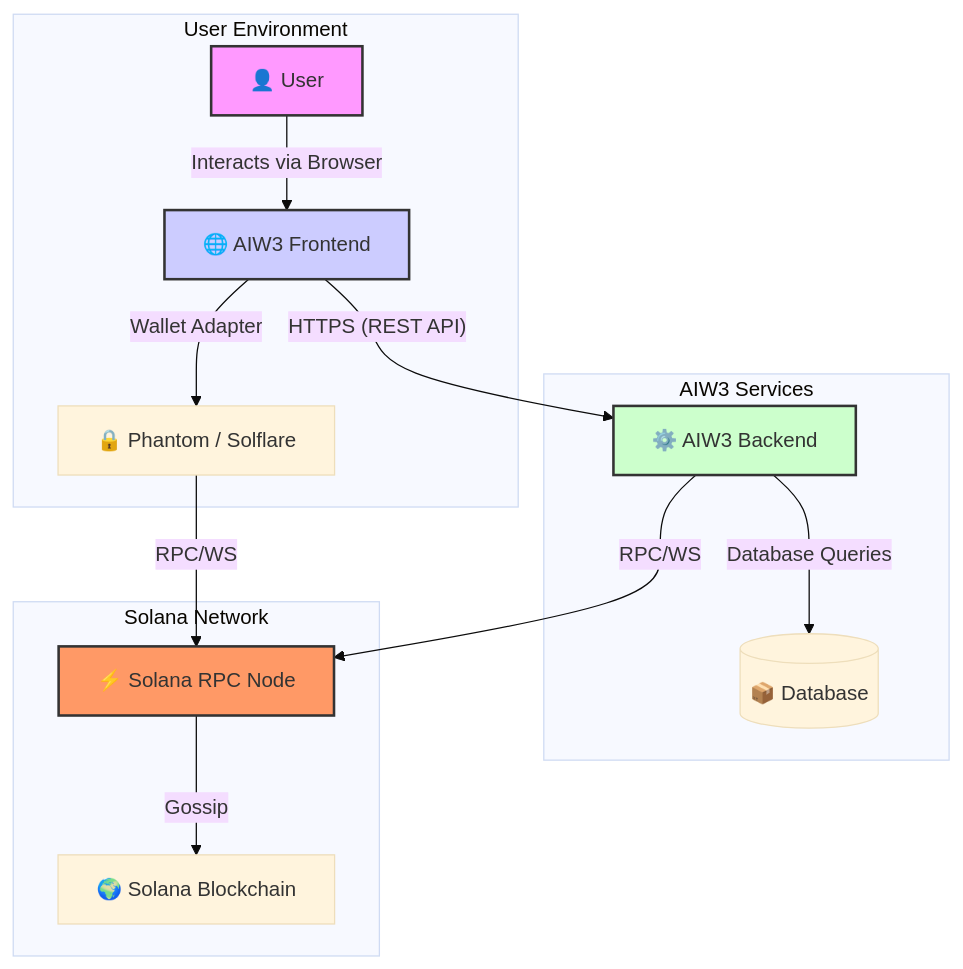
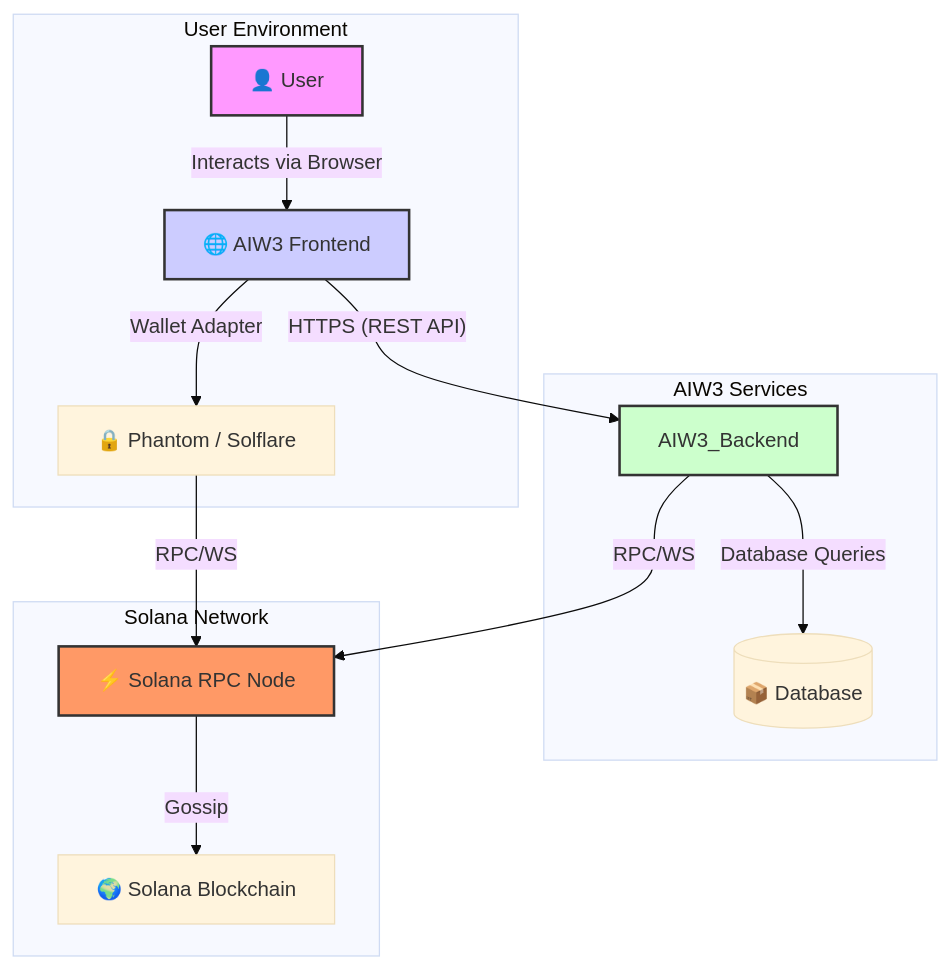
One commit to ljg-cqu/aiw3-nft-solana changed the first of 2 diagrams in docs/Solana_NFT_Upgrade_and_Burn_Strategy.md. Above: the diagram before and after it, drawn with Mermaid (base theme).

Commit message:
docs: Final polish and add Purpose section

````diff
--- a/docs/Solana_NFT_Upgrade_and_Burn_Strategy.md
+++ b/docs/Solana_NFT_Upgrade_and_Burn_Strategy.md
@@ -270,23 +270,23 @@
 ```mermaid
 graph TD
     subgraph User Environment
         User[👤 User] -->|Interacts via Browser| Frontend[🌐 AIW3 Frontend]
         Frontend -->|Wallet Adapter| Wallet[🔒 Phantom / Solflare]
     end
 
     subgraph AIW3 Services
-        Frontend -->|"HTTPS (REST API)"| AIW3_Backend[⚙️ AIW3 Backend]
+        Frontend -->|"HTTPS (REST API)"| AIW3_Backend
         AIW3_Backend -->|Database Queries| DB[(📦 Database)]
     end
 
     subgraph Solana Network
         Wallet -->|RPC/WS| Solana_Node[⚡️ Solana RPC Node]
         AIW3_Backend -->|RPC/WS| Solana_Node
         Solana_Node -->|Gossip| Solana_Cluster[🌍 Solana Blockchain]
     end
 
     style User fill:#f9f,stroke:#333,stroke-width:2px
     style Frontend fill:#ccf,stroke:#333,stroke-width:2px
     style AIW3_Backend fill:#cfc,stroke:#333,stroke-width:2px
     style Solana_Node fill:#f96,stroke:#333,stroke-width:2px
 ```
````
